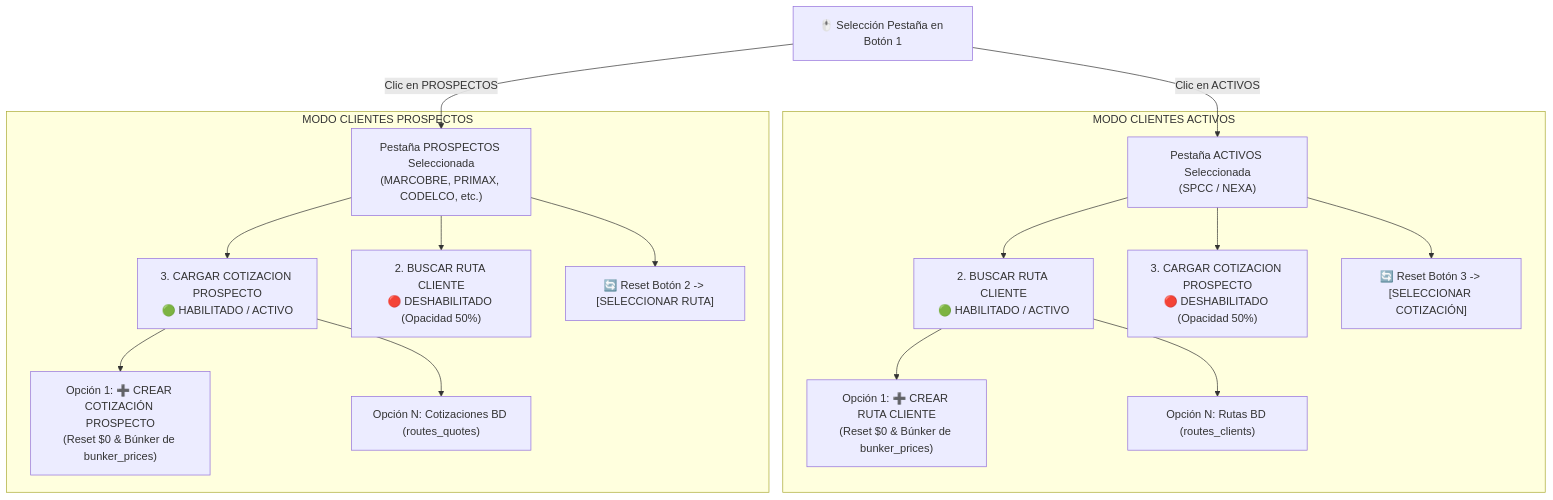
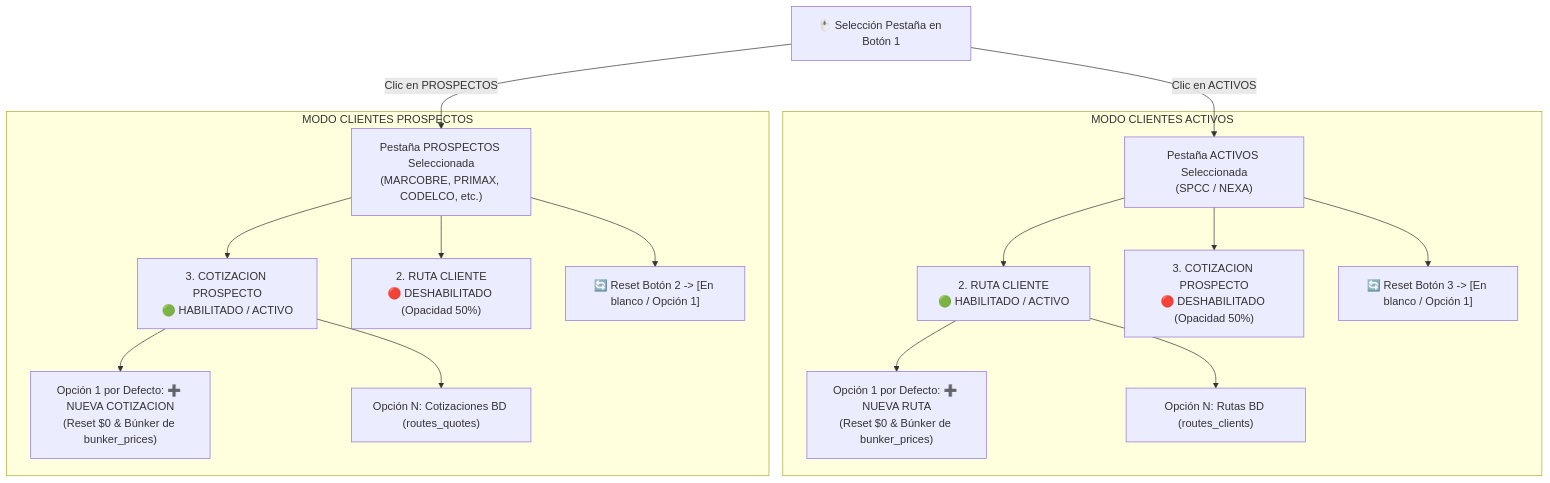
Before and after one commit to RichGutz/PETRAL.SMART.DASHBOARD: the first of 2 diagrams in Desarrollo.Profesional/Obsidian.Refactorizacion.Multicotizador/06_Especificaciones_Comerciales_UI_Header_y_Bunker.md, drawn with Mermaid. The commit also changed other lines of this file and 1 other file, not shown here.

Commit message:
refactor(ui): update labels to 2. RUTA CLIENTE & 3. COTIZACION PROSPECTO with default options ➕ NUEVA RUTA & ➕ NUEVA COTIZACION

````diff
--- a/Desarrollo.Profesional/Obsidian.Refactorizacion.Multicotizador/06_Especificaciones_Comerciales_UI_Header_y_Bunker.md
+++ b/Desarrollo.Profesional/Obsidian.Refactorizacion.Multicotizador/06_Especificaciones_Comerciales_UI_Header_y_Bunker.md
@@ -71,21 +71,21 @@
 ```mermaid
 flowchart TD
     Start["🖱️ Selección Pestaña en Botón 1"] -->|Clic en ACTIVOS| ModeActivos["Pestaña ACTIVOS Seleccionada\n(SPCC / NEXA)"]
     Start -->|Clic en PROSPECTOS| ModeProspectos["Pestaña PROSPECTOS Seleccionada\n(MARCOBRE, PRIMAX, CODELCO, etc.)"]
 
     subgraph ActivosFlow ["MODO CLIENTES ACTIVOS"]
-        ModeActivos --> Btn2_On["2. BUSCAR RUTA CLIENTE\n🟢 HABILITADO / ACTIVO"]
-        Btn2_On --> Btn2_Opt1["Opción 1: ➕ CREAR RUTA CLIENTE\n(Reset $0 & Búnker de bunker_prices)"]
+        ModeActivos --> Btn2_On["2. RUTA CLIENTE\n🟢 HABILITADO / ACTIVO"]
+        Btn2_On --> Btn2_Opt1["Opción 1 por Defecto: ➕ NUEVA RUTA\n(Reset $0 & Búnker de bunker_prices)"]
         Btn2_On --> Btn2_OptN["Opción N: Rutas BD (routes_clients)"]
-        ModeActivos --> Btn3_Off["3. CARGAR COTIZACION PROSPECTO\n🔴 DESHABILITADO (Opacidad 50%)"]
-        ModeActivos --> Reset3["🔄 Reset Botón 3 -> [SELECCIONAR COTIZACIÓN]"]
+        ModeActivos --> Btn3_Off["3. COTIZACION PROSPECTO\n🔴 DESHABILITADO (Opacidad 50%)"]
+        ModeActivos --> Reset3["🔄 Reset Botón 3 -> [En blanco / Opción 1]"]
     end
 
     subgraph ProspectosFlow ["MODO CLIENTES PROSPECTOS"]
-        ModeProspectos --> Btn3_On["3. CARGAR COTIZACION PROSPECTO\n🟢 HABILITADO / ACTIVO"]
-        Btn3_On --> Btn3_Opt1["Opción 1: ➕ CREAR COTIZACIÓN PROSPECTO\n(Reset $0 & Búnker de bunker_prices)"]
+        ModeProspectos --> Btn3_On["3. COTIZACION PROSPECTO\n🟢 HABILITADO / ACTIVO"]
+        Btn3_On --> Btn3_Opt1["Opción 1 por Defecto: ➕ NUEVA COTIZACION\n(Reset $0 & Búnker de bunker_prices)"]
         Btn3_On --> Btn3_OptN["Opción N: Cotizaciones BD (routes_quotes)"]
-        ModeProspectos --> Btn2_Off["2. BUSCAR RUTA CLIENTE\n🔴 DESHABILITADO (Opacidad 50%)"]
-        ModeProspectos --> Reset2["🔄 Reset Botón 2 -> [SELECCIONAR RUTA]"]
+        ModeProspectos --> Btn2_Off["2. RUTA CLIENTE\n🔴 DESHABILITADO (Opacidad 50%)"]
+        ModeProspectos --> Reset2["🔄 Reset Botón 2 -> [En blanco / Opción 1]"]
     end
 ```
````
